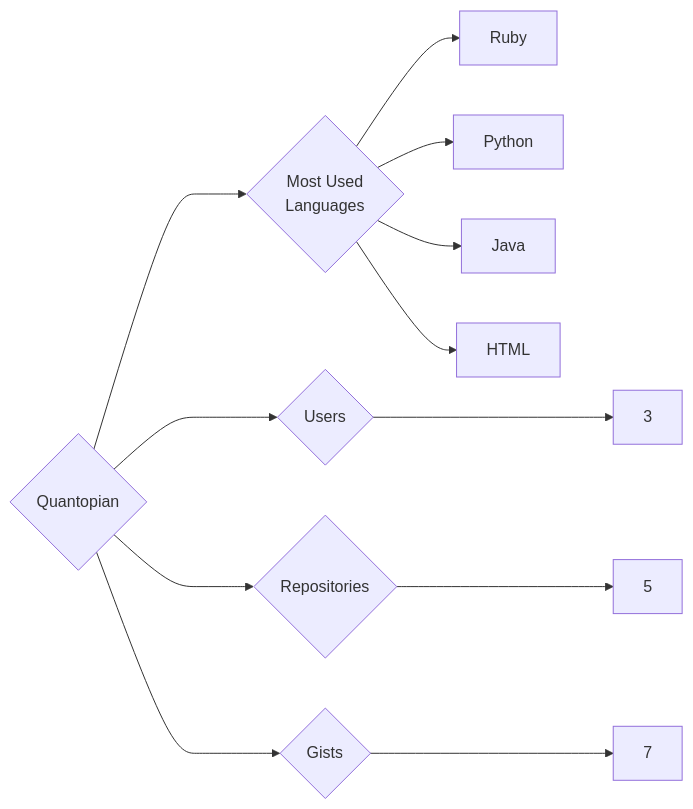
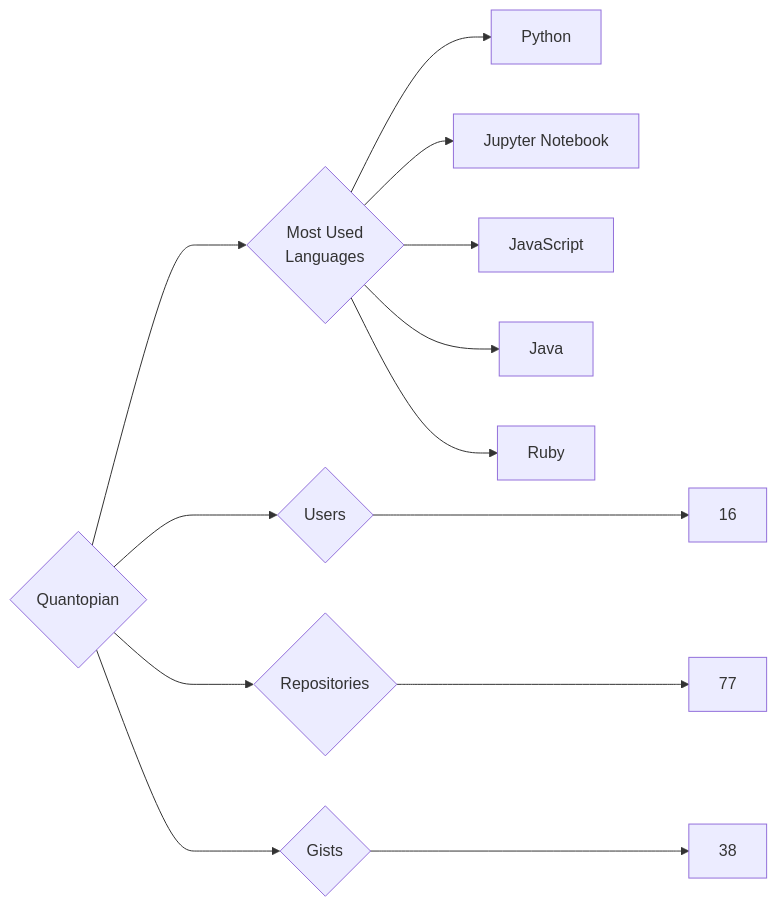
Before and after one commit to trickest/insiders: the diagram in targets/Quantopian/README.md, drawn with Mermaid. The commit also changed 1696 other files, not shown here.

````diff
--- a/targets/Quantopian/README.md
+++ b/targets/Quantopian/README.md
@@ -3,12 +3,13 @@
 ```mermaid
 graph LR
 COMPANY_NAME{Quantopian}
-COMPANY_NAME ---> U{Users} ---> UN[3]
-COMPANY_NAME ---> R{Repositories} ---> RN[5]
-COMPANY_NAME ---> G{Gists} ---> GN[7]
+COMPANY_NAME ---> U{Users} ---> UN[16]
+COMPANY_NAME ---> R{Repositories} ---> RN[77]
+COMPANY_NAME ---> G{Gists} ---> GN[38]
 COMPANY_NAME ---> ML{Most Used<br>Languages}
+ML --> Python[Python]
+ML --> Jupyter_Notebook[Jupyter Notebook]
+ML --> JavaScript[JavaScript]
+ML --> Java[Java]
 ML --> Ruby[Ruby]
-ML --> Python[Python]
-ML --> Java[Java]
-ML --> HTML[HTML]
 ```
````
